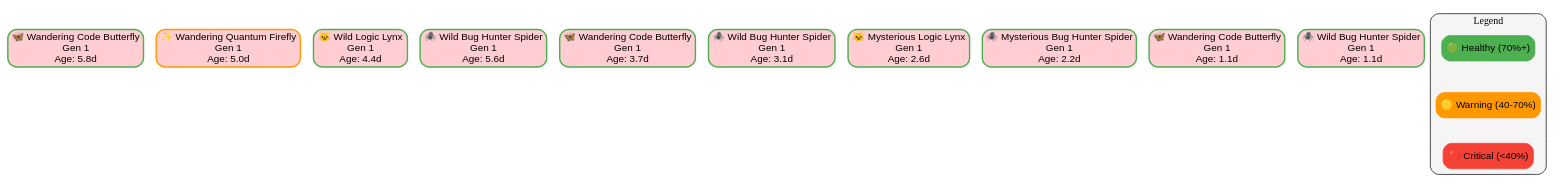
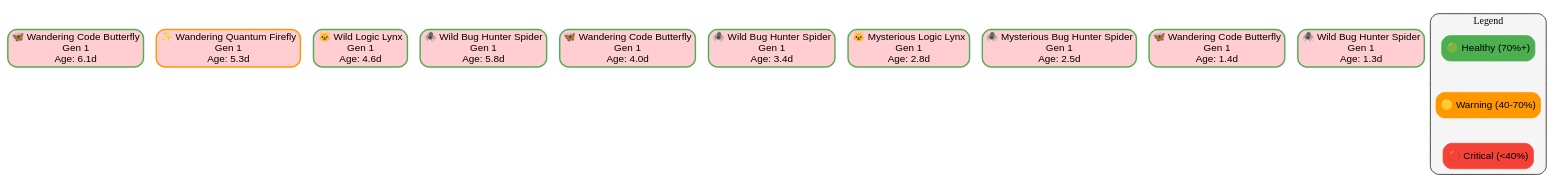
Before and after one commit to batmac/digital-ecosystem: the diagram in .ecosystem/visualizations/family_tree.dot, drawn with Graphviz. The commit also changed 7 other files, not shown here.

```diff
--- a/.ecosystem/visualizations/family_tree.dot
+++ b/.ecosystem/visualizations/family_tree.dot
@@ -1,93 +1,93 @@
 
 digraph EcosystemFamilyTree {
     rankdir=TB;
     node [shape=box, style="rounded,filled", fontname="Arial"];
     edge [fontname="Arial"];
     
     // Style pour différentes générations
     node [fillcolor="#E3F2FD"];
 
         "code_butterfly_1753392858_5357" [
-            label="🦋 Wandering Code Butterfly\nGen 1\nAge: 5.8d",
+            label="🦋 Wandering Code Butterfly\nGen 1\nAge: 6.1d",
             fillcolor="#FFCDD2",
             color="#4CAF50",
             penwidth=2
         ];
     
         "quantum_firefly_1753393678_6656" [
-            label="✨ Wandering Quantum Firefly\nGen 1\nAge: 5.0d",
+            label="✨ Wandering Quantum Firefly\nGen 1\nAge: 5.3d",
             fillcolor="#FFCDD2",
             color="#FF9800",
             penwidth=2
         ];
     
         "logic_lynx_1753394863_7694" [
-            label="🐱 Wild Logic Lynx\nGen 1\nAge: 4.4d",
+            label="🐱 Wild Logic Lynx\nGen 1\nAge: 4.6d",
             fillcolor="#FFCDD2",
             color="#4CAF50",
             penwidth=2
         ];
     
         "bug_hunter_spider_1753395214_1998" [
-            label="🕷️ Wild Bug Hunter Spider\nGen 1\nAge: 5.6d",
+            label="🕷️ Wild Bug Hunter Spider\nGen 1\nAge: 5.8d",
             fillcolor="#FFCDD2",
             color="#4CAF50",
             penwidth=2
         ];
     
         "code_butterfly_1753397153_5909" [
-            label="🦋 Wandering Code Butterfly\nGen 1\nAge: 3.7d",
+            label="🦋 Wandering Code Butterfly\nGen 1\nAge: 4.0d",
             fillcolor="#FFCDD2",
             color="#4CAF50",
             penwidth=2
         ];
     
         "bug_hunter_spider_1753401059_2910" [
-            label="🕷️ Wild Bug Hunter Spider\nGen 1\nAge: 3.1d",
+            label="🕷️ Wild Bug Hunter Spider\nGen 1\nAge: 3.4d",
             fillcolor="#FFCDD2",
             color="#4CAF50",
             penwidth=2
         ];
     
         "logic_lynx_1753403721_9188" [
-            label="🐱 Mysterious Logic Lynx\nGen 1\nAge: 2.6d",
+            label="🐱 Mysterious Logic Lynx\nGen 1\nAge: 2.8d",
             fillcolor="#FFCDD2",
             color="#4CAF50",
             penwidth=2
         ];
     
         "bug_hunter_spider_1753404040_5672" [
-            label="🕷️ Mysterious Bug Hunter Spider\nGen 1\nAge: 2.2d",
+            label="🕷️ Mysterious Bug Hunter Spider\nGen 1\nAge: 2.5d",
             fillcolor="#FFCDD2",
             color="#4CAF50",
             penwidth=2
         ];
     
         "code_butterfly_1753404111_1732" [
-            label="🦋 Wandering Code Butterfly\nGen 1\nAge: 1.1d",
+            label="🦋 Wandering Code Butterfly\nGen 1\nAge: 1.4d",
             fillcolor="#FFCDD2",
             color="#4CAF50",
             penwidth=2
         ];
     
         "bug_hunter_spider_1753417286_4988" [
-            label="🕷️ Wild Bug Hunter Spider\nGen 1\nAge: 1.1d",
+            label="🕷️ Wild Bug Hunter Spider\nGen 1\nAge: 1.3d",
             fillcolor="#FFCDD2",
             color="#4CAF50",
             penwidth=2
         ];
     
     
     // Légende
     subgraph cluster_legend {
         label="Legend";
         style="rounded,filled";
         fillcolor="#F5F5F5";
         
         legend1 [label="🟢 Healthy (70%+)", fillcolor="#4CAF50", color="#4CAF50"];
         legend2 [label="🟡 Warning (40-70%)", fillcolor="#FF9800", color="#FF9800"];
         legend3 [label="🔴 Critical (<40%)", fillcolor="#F44336", color="#F44336"];
         
         legend1 -> legend2 -> legend3 [style=invis];
     }
 }
```
